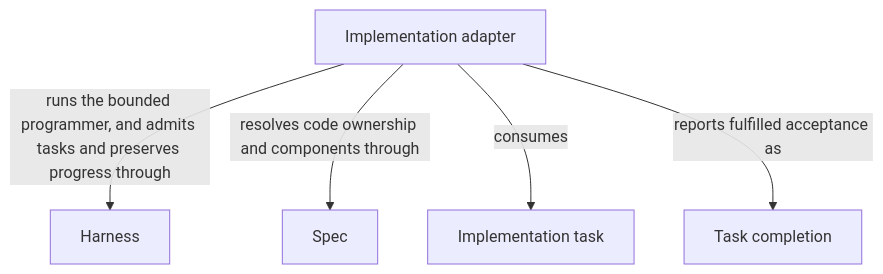
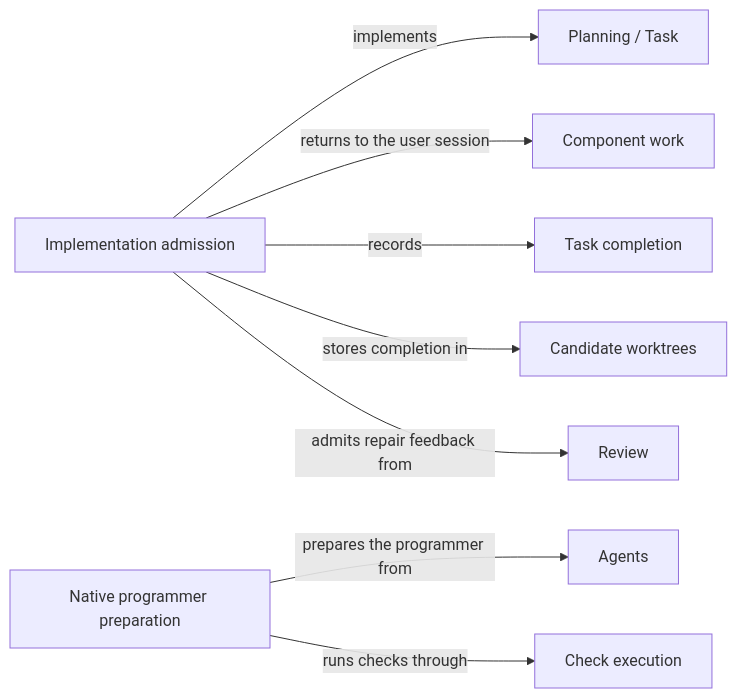
Before and after one commit to FTOD/concorde: the diagram in specs/concorde/implementation/module.md, drawn with Mermaid. The commit also changed other lines of this file and 370 other files, not shown here.

````diff
--- a/specs/concorde/implementation/module.md
+++ b/specs/concorde/implementation/module.md
@@ -78,14 +137,21 @@
 ```mermaid
-flowchart TB
-    accTitle: Implementation entities and dependencies
-    accDescr: Implementation consumes admitted tasks, resolves code ownership through Spec, binds a programmer through Harness and records task fulfillment through the host. Completion does not mark ready.
-    e0["Implementation adapter"]
-    e2["Harness"]
-    e3["Spec"]
-    e0 -->|runs the bounded programmer, and admits tasks and preserves progress through| e2
-    e0 -->|resolves code ownership and components through| e3
-    domain_task_input["Implementation task"]
-    e0 -->|consumes| domain_task_input
-    domain_completion["Task completion"]
-    e0 -->|reports fulfilled acceptance as| domain_completion
+flowchart LR
+    accTitle: Implementation and its providers
+    accDescr: Implementation admits tasks from Planning, prepares the programmer, runs checks through Check execution and records completion in the candidate.
+    admission[Implementation admission]
+    native[Native programmer preparation]
+    completion[Task completion]
+    component[Component work]
+    task[Planning / Task]
+    agents[Agents]
+    checks[Check execution]
+    worktrees[Candidate worktrees]
+    review[Review]
+    admission -->|implements| task
+    admission -->|returns to the user session| component
+    admission -->|records| completion
+    admission -->|stores completion in| worktrees
+    admission -->|admits repair feedback from| review
+    native -->|prepares the programmer from| agents
+    native -->|runs checks through| checks
 ```
````
